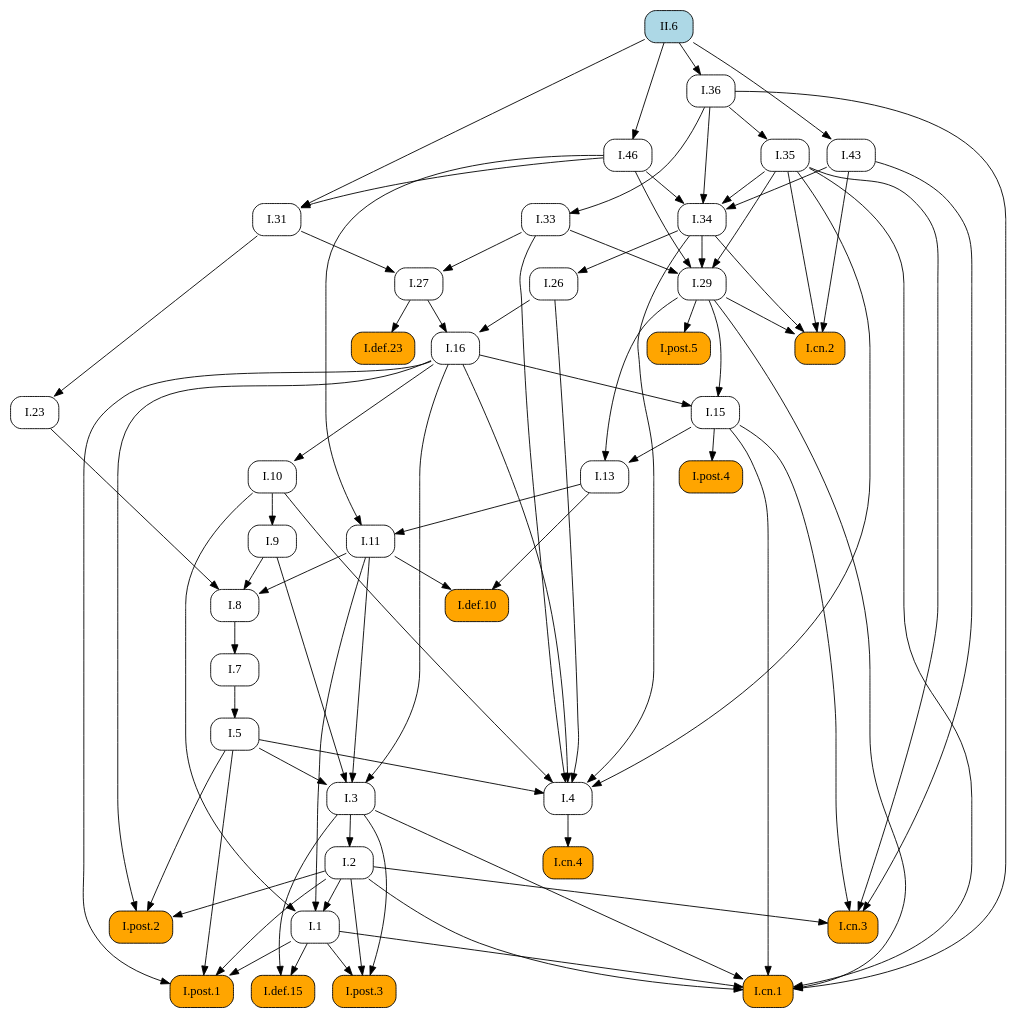
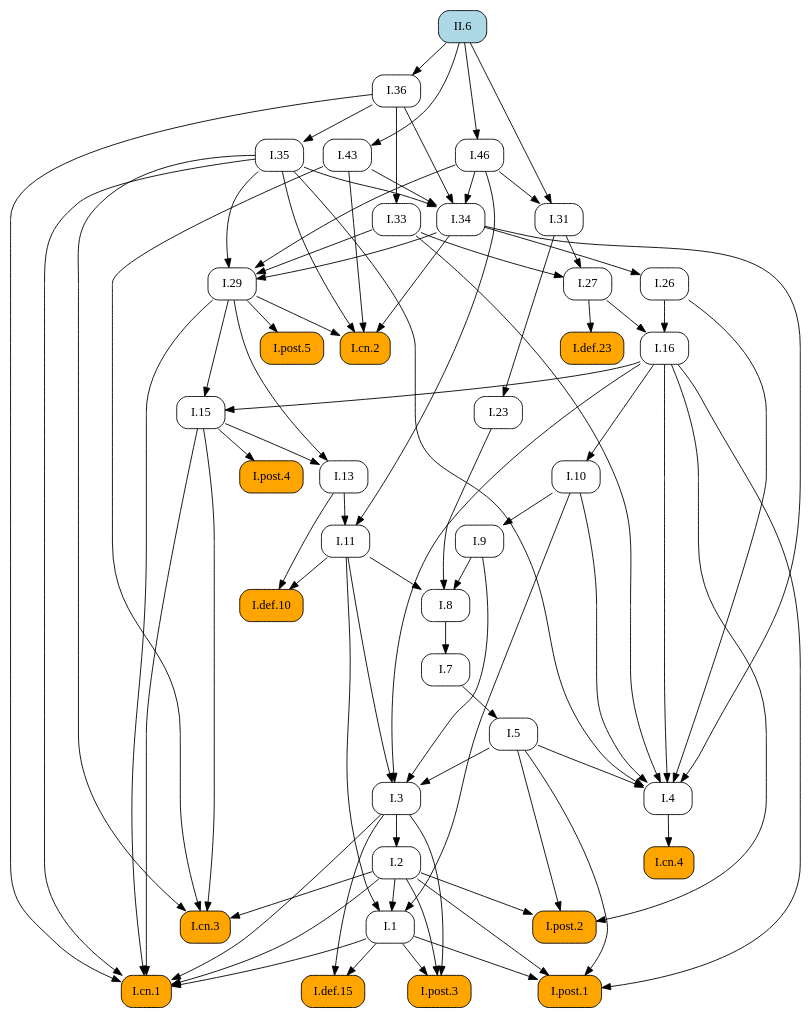
The diagram in docsrc/elements2/II/6/index.rst (geometor/elements), drawn with Graphviz before and after one commit. The commit also changed other lines of this file and 171 other files, not shown here.

```diff
--- a/docsrc/elements2/II/6/index.rst
+++ b/docsrc/elements2/II/6/index.rst
@@ -81,72 +81,107 @@
    digraph {
      rankdir="TB";
      node [shape=box, style=rounded];
+     "I.8" [URL="/elements2/I/8/", target="_top"];
+     "I.46" [URL="/elements2/I/46/", target="_top"];
+     "I.36" [URL="/elements2/I/36/", target="_top"];
+     "I.post.1" [style="rounded,filled", fillcolor=orange, URL="/elements2/I/post.1/", target="_top"];
+     "I.33" [URL="/elements2/I/33/", target="_top"];
+     "I.5" [URL="/elements2/I/5/", target="_top"];
+     "I.post.5" [style="rounded,filled", fillcolor=orange, URL="/elements2/I/post.5/", target="_top"];
      "I.def.10" [style="rounded,filled", fillcolor=orange, URL="/elements2/I/def.10/", target="_top"];
-     "I.46" [URL="/elements2/I/46/", target="_top"];
+     "I.cn.2" [style="rounded,filled", fillcolor=orange, URL="/elements2/I/cn.2/", target="_top"];
+     "I.def.15" [style="rounded,filled", fillcolor=orange, URL="/elements2/I/def.15/", target="_top"];
+     "I.31" [URL="/elements2/I/31/", target="_top"];
+     "I.11" [URL="/elements2/I/11/", target="_top"];
+     "I.43" [URL="/elements2/I/43/", target="_top"];
+     "I.3" [URL="/elements2/I/3/", target="_top"];
+     "I.def.23" [style="rounded,filled", fillcolor=orange, URL="/elements2/I/def.23/", target="_top"];
+     "I.post.2" [style="rounded,filled", fillcolor=orange, URL="/elements2/I/post.2/", target="_top"];
+     "I.26" [URL="/elements2/I/26/", target="_top"];
+     "I.cn.3" [style="rounded,filled", fillcolor=orange, URL="/elements2/I/cn.3/", target="_top"];
+     "I.1" [URL="/elements2/I/1/", target="_top"];
+     "I.cn.4" [style="rounded,filled", fillcolor=orange, URL="/elements2/I/cn.4/", target="_top"];
+     "I.7" [URL="/elements2/I/7/", target="_top"];
+     "I.9" [URL="/elements2/I/9/", target="_top"];
+     "I.cn.1" [style="rounded,filled", fillcolor=orange, URL="/elements2/I/cn.1/", target="_top"];
+     "I.29" [URL="/elements2/I/29/", target="_top"];
+     "I.16" [URL="/elements2/I/16/", target="_top"];
+     "I.post.4" [style="rounded,filled", fillcolor=orange, URL="/elements2/I/post.4/", target="_top"];
+     "I.13" [URL="/elements2/I/13/", target="_top"];
+     "I.35" [URL="/elements2/I/35/", target="_top"];
+     "I.2" [URL="/elements2/I/2/", target="_top"];
+     "II.6" [style="rounded,filled", fillcolor=lightblue, URL="/elements2/II/6/", target="_top"];
+     "I.27" [URL="/elements2/I/27/", target="_top"];
+     "I.4" [URL="/elements2/I/4/", target="_top"];
+     "I.10" [URL="/elements2/I/10/", target="_top"];
+     "I.15" [URL="/elements2/I/15/", target="_top"];
      "I.34" [URL="/elements2/I/34/", target="_top"];
-     "I.cn.4" [style="rounded,filled", fillcolor=orange, URL="/elements2/I/cn.4/", target="_top"];
-     "I.def.15" [style="rounded,filled", fillcolor=orange, URL="/elements2/I/def.15/", target="_top"];
+     "I.23" [URL="/elements2/I/23/", target="_top"];
      "I.post.3" [style="rounded,filled", fillcolor=orange, URL="/elements2/I/post.3/", target="_top"];
-     "I.36" [URL="/elements2/I/36/", target="_top"];
-     "I.27" [URL="/elements2/I/27/", target="_top"];
-     "I.post.2" [style="rounded,filled", fillcolor=orange, URL="/elements2/I/post.2/", target="_top"];
-     "I.13" [URL="/elements2/I/13/", target="_top"];
-     "I.10" [URL="/elements2/I/10/", target="_top"];
-     "I.post.1" [style="rounded,filled", fillcolor=orange, URL="/elements2/I/post.1/", target="_top"];
-     "I.7" [URL="/elements2/I/7/", target="_top"];
-     "II.6" [style="rounded,filled", fillcolor=lightblue, URL="/elements2/II/6/", target="_top"];
-     "I.11" [URL="/elements2/I/11/", target="_top"];
-     "I.4" [URL="/elements2/I/4/", target="_top"];
-     "I.16" [URL="/elements2/I/16/", target="_top"];
-     "I.def.23" [style="rounded,filled", fillcolor=orange, URL="/elements2/I/def.23/", target="_top"];
-     "I.9" [URL="/elements2/I/9/", target="_top"];
-     "I.8" [URL="/elements2/I/8/", target="_top"];
-     "I.cn.2" [style="rounded,filled", fillcolor=orange, URL="/elements2/I/cn.2/", target="_top"];
-     "I.23" [URL="/elements2/I/23/", target="_top"];
-     "I.26" [URL="/elements2/I/26/", target="_top"];
-     "I.15" [URL="/elements2/I/15/", target="_top"];
-     "I.post.5" [style="rounded,filled", fillcolor=orange, URL="/elements2/I/post.5/", target="_top"];
-     "I.2" [URL="/elements2/I/2/", target="_top"];
-     "I.1" [URL="/elements2/I/1/", target="_top"];
-     "I.35" [URL="/elements2/I/35/", target="_top"];
-     "I.43" [URL="/elements2/I/43/", target="_top"];
-     "I.33" [URL="/elements2/I/33/", target="_top"];
-     "I.31" [URL="/elements2/I/31/", target="_top"];
-     "I.post.4" [style="rounded,filled", fillcolor=orange, URL="/elements2/I/post.4/", target="_top"];
-     "I.cn.1" [style="rounded,filled", fillcolor=orange, URL="/elements2/I/cn.1/", target="_top"];
-     "I.3" [URL="/elements2/I/3/", target="_top"];
-     "I.cn.3" [style="rounded,filled", fillcolor=orange, URL="/elements2/I/cn.3/", target="_top"];
-     "I.29" [URL="/elements2/I/29/", target="_top"];
-     "I.5" [URL="/elements2/I/5/", target="_top"];
-     "I.11" -> "I.def.10";
-     "I.13" -> "I.def.10";
+     "I.9" -> "I.8";
+     "I.11" -> "I.8";
+     "I.23" -> "I.8";
      "II.6" -> "I.46";
-     "I.35" -> "I.34";
-     "I.36" -> "I.34";
-     "I.43" -> "I.34";
-     "I.46" -> "I.34";
-     "I.4" -> "I.cn.4";
-     "I.1" -> "I.def.15";
-     "I.3" -> "I.def.15";
-     "I.1" -> "I.post.3";
-     "I.2" -> "I.post.3";
-     "I.3" -> "I.post.3";
      "II.6" -> "I.36";
-     "I.31" -> "I.27";
-     "I.33" -> "I.27";
-     "I.2" -> "I.post.2";
-     "I.5" -> "I.post.2";
-     "I.16" -> "I.post.2";
-     "I.15" -> "I.13";
-     "I.29" -> "I.13";
-     "I.16" -> "I.10";
      "I.1" -> "I.post.1";
      "I.2" -> "I.post.1";
      "I.5" -> "I.post.1";
      "I.16" -> "I.post.1";
-     "I.8" -> "I.7";
+     "I.36" -> "I.33";
+     "I.7" -> "I.5";
+     "I.29" -> "I.post.5";
+     "I.11" -> "I.def.10";
+     "I.13" -> "I.def.10";
+     "I.29" -> "I.cn.2";
+     "I.34" -> "I.cn.2";
+     "I.35" -> "I.cn.2";
+     "I.43" -> "I.cn.2";
+     "I.1" -> "I.def.15";
+     "I.3" -> "I.def.15";
+     "I.46" -> "I.31";
+     "II.6" -> "I.31";
      "I.13" -> "I.11";
      "I.46" -> "I.11";
+     "II.6" -> "I.43";
+     "I.5" -> "I.3";
+     "I.9" -> "I.3";
+     "I.11" -> "I.3";
+     "I.16" -> "I.3";
+     "I.27" -> "I.def.23";
+     "I.2" -> "I.post.2";
+     "I.5" -> "I.post.2";
+     "I.16" -> "I.post.2";
+     "I.34" -> "I.26";
+     "I.2" -> "I.cn.3";
+     "I.15" -> "I.cn.3";
+     "I.35" -> "I.cn.3";
+     "I.43" -> "I.cn.3";
+     "I.2" -> "I.1";
+     "I.10" -> "I.1";
+     "I.11" -> "I.1";
+     "I.4" -> "I.cn.4";
+     "I.8" -> "I.7";
+     "I.10" -> "I.9";
+     "I.1" -> "I.cn.1";
+     "I.2" -> "I.cn.1";
+     "I.3" -> "I.cn.1";
+     "I.15" -> "I.cn.1";
+     "I.29" -> "I.cn.1";
+     "I.35" -> "I.cn.1";
+     "I.36" -> "I.cn.1";
+     "I.33" -> "I.29";
+     "I.34" -> "I.29";
+     "I.35" -> "I.29";
+     "I.46" -> "I.29";
+     "I.26" -> "I.16";
+     "I.27" -> "I.16";
+     "I.15" -> "I.post.4";
+     "I.15" -> "I.13";
+     "I.29" -> "I.13";
+     "I.36" -> "I.35";
+     "I.3" -> "I.2";
+     "I.31" -> "I.27";
+     "I.33" -> "I.27";
      "I.5" -> "I.4";
      "I.10" -> "I.4";
      "I.16" -> "I.4";
@@ -154,50 +189,15 @@
      "I.33" -> "I.4";
      "I.34" -> "I.4";
      "I.35" -> "I.4";
-     "I.26" -> "I.16";
-     "I.27" -> "I.16";
-     "I.27" -> "I.def.23";
-     "I.10" -> "I.9";
-     "I.9" -> "I.8";
-     "I.11" -> "I.8";
-     "I.23" -> "I.8";
-     "I.29" -> "I.cn.2";
-     "I.34" -> "I.cn.2";
-     "I.35" -> "I.cn.2";
-     "I.43" -> "I.cn.2";
-     "I.31" -> "I.23";
-     "I.34" -> "I.26";
+     "I.16" -> "I.10";
      "I.16" -> "I.15";
      "I.29" -> "I.15";
-     "I.29" -> "I.post.5";
-     "I.3" -> "I.2";
-     "I.2" -> "I.1";
-     "I.10" -> "I.1";
-     "I.11" -> "I.1";
-     "I.36" -> "I.35";
-     "II.6" -> "I.43";
-     "I.36" -> "I.33";
-     "I.46" -> "I.31";
-     "II.6" -> "I.31";
-     "I.15" -> "I.post.4";
-     "I.1" -> "I.cn.1";
-     "I.2" -> "I.cn.1";
-     "I.3" -> "I.cn.1";
-     "I.15" -> "I.cn.1";
-     "I.29" -> "I.cn.1";
-     "I.35" -> "I.cn.1";
-     "I.36" -> "I.cn.1";
-     "I.5" -> "I.3";
-     "I.9" -> "I.3";
-     "I.11" -> "I.3";
-     "I.16" -> "I.3";
-     "I.2" -> "I.cn.3";
-     "I.15" -> "I.cn.3";
-     "I.35" -> "I.cn.3";
-     "I.43" -> "I.cn.3";
-     "I.33" -> "I.29";
-     "I.34" -> "I.29";
-     "I.35" -> "I.29";
-     "I.46" -> "I.29";
-     "I.7" -> "I.5";
+     "I.35" -> "I.34";
+     "I.36" -> "I.34";
+     "I.43" -> "I.34";
+     "I.46" -> "I.34";
+     "I.31" -> "I.23";
+     "I.1" -> "I.post.3";
+     "I.2" -> "I.post.3";
+     "I.3" -> "I.post.3";
    }
```
